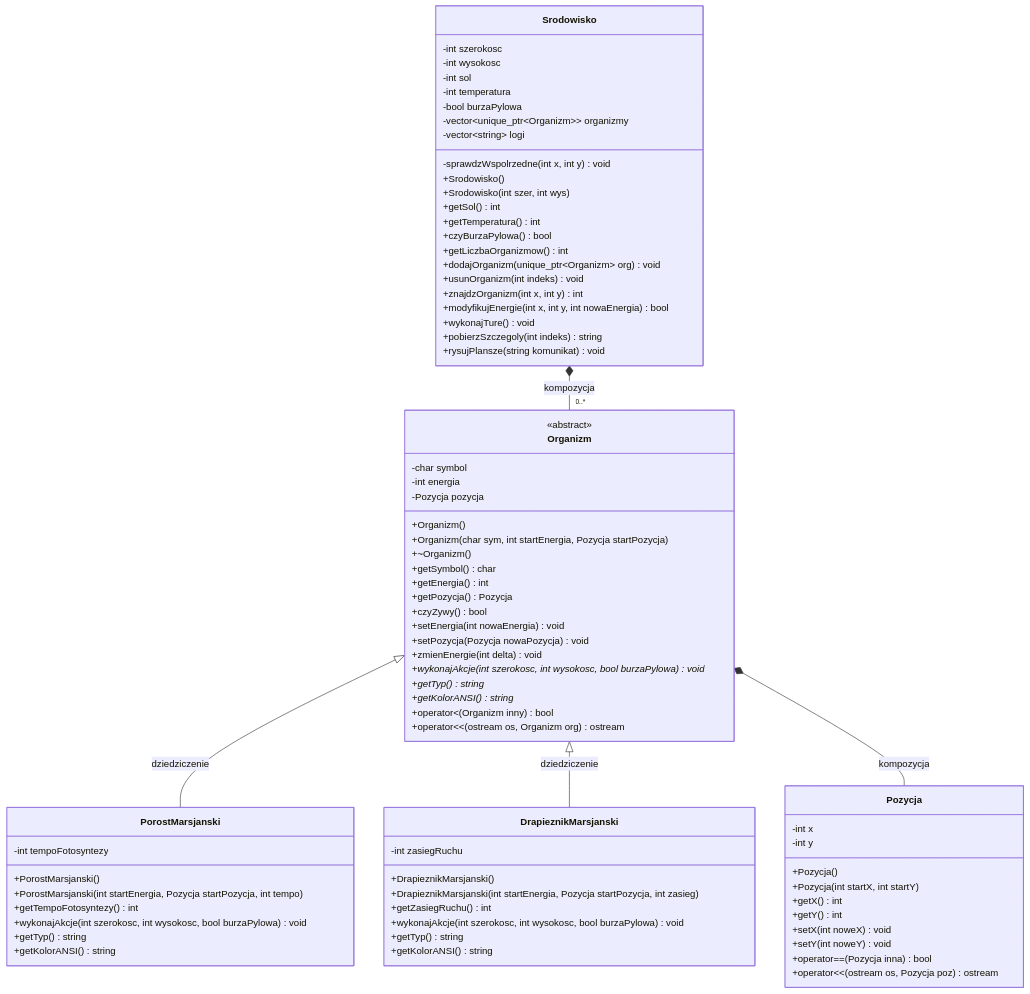
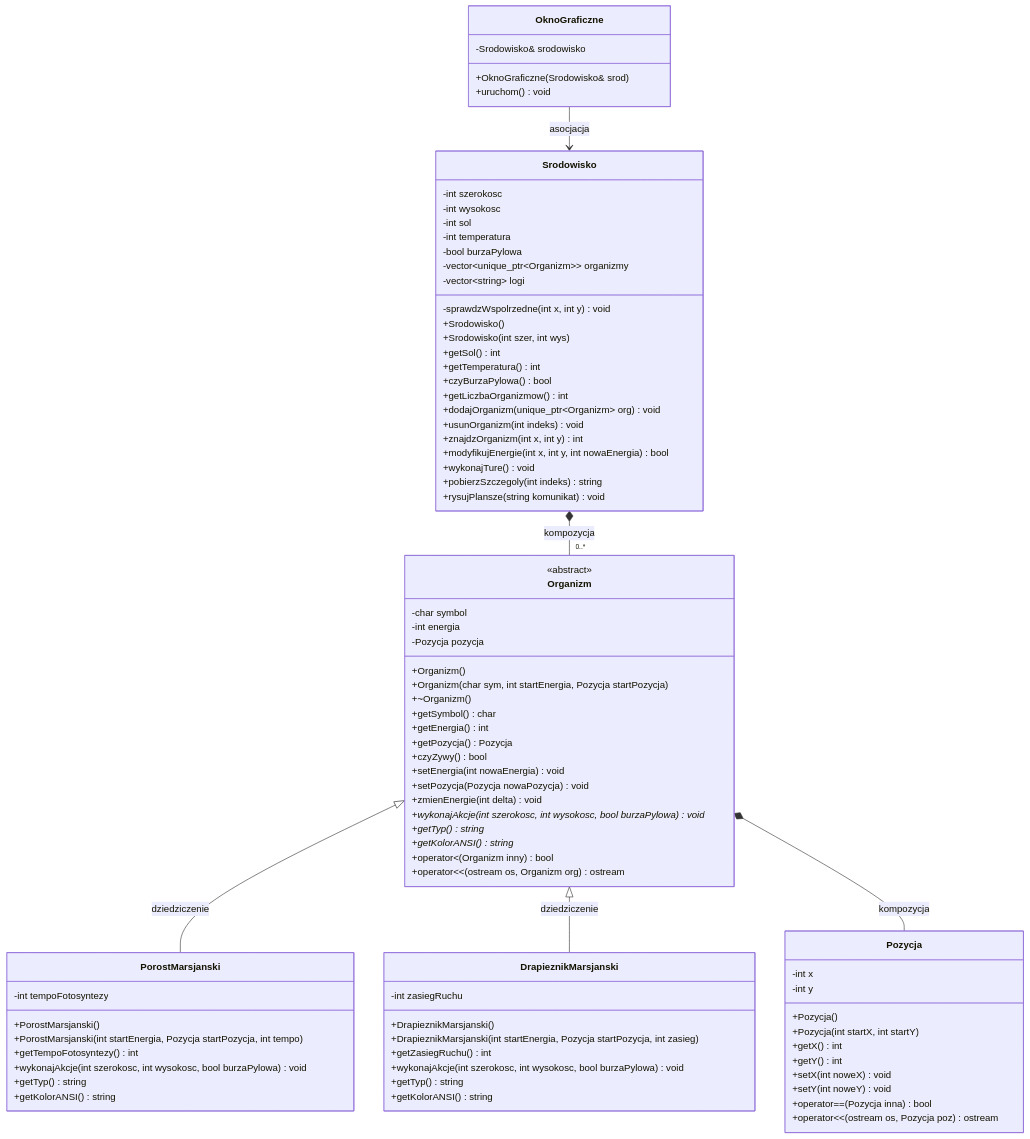
Before and after one commit to 7dymek7/SymulatorEkosystemu: the diagram in README.md, drawn with Mermaid. The commit also changed other lines of this file and 3 other files, not shown here.

```diff
--- a/README.md
+++ b/README.md
@@ -37,6 +37,14 @@
         +operator==(Pozycja inna) bool
         +operator<<(ostream os, Pozycja poz) ostream
     }
+
+    class OknoGraficzne {
+        -Srodowisko& srodowisko
+        +OknoGraficzne(Srodowisko& srod)
+        +uruchom() void
+    }
+
+    OknoGraficzne --> Srodowisko : asocjacja
 
     class Organizm {
         <<abstract>>
```
